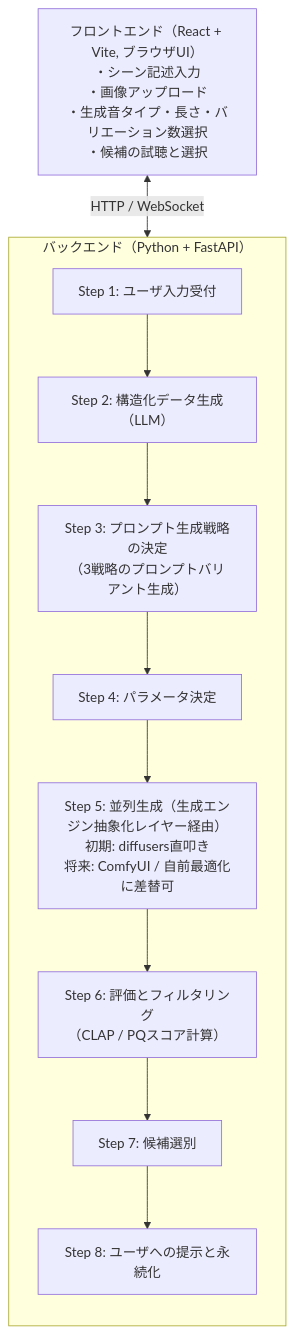
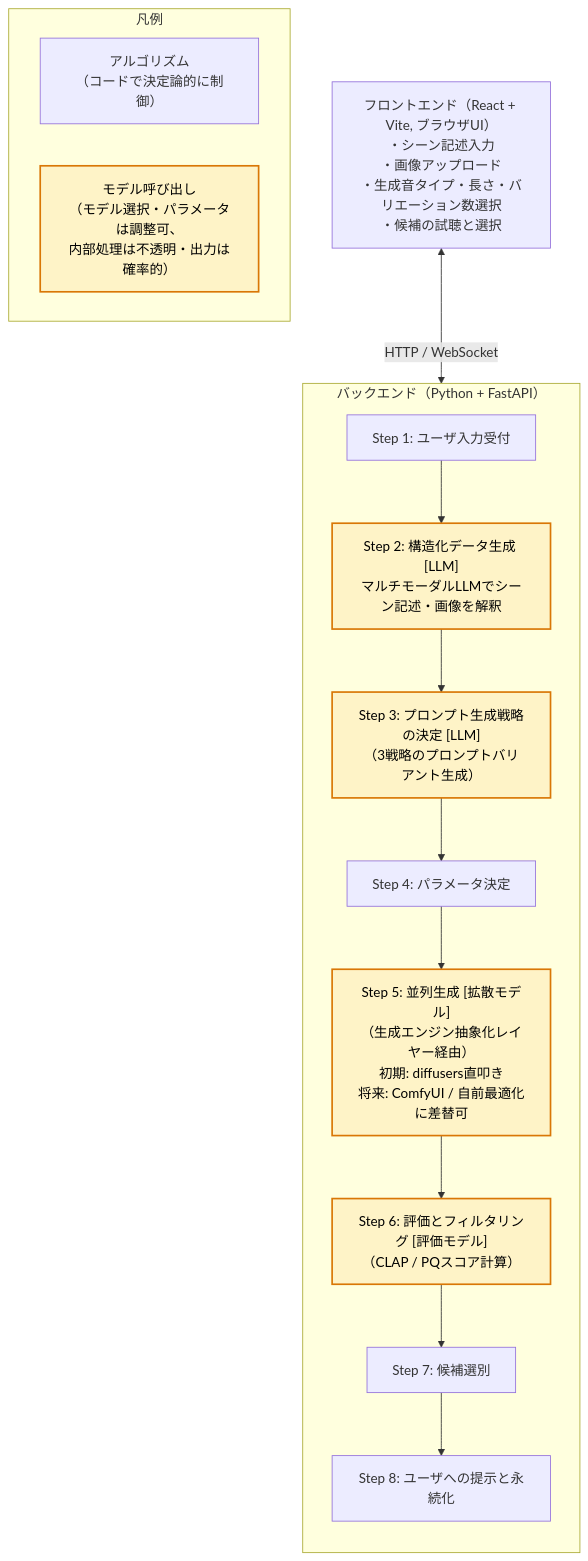
The diagram in docs/foley-forge-dev.md (mgmaru/foley-forge-prototype), drawn with Mermaid before and after one commit.

Commit message:
全体フロー図を修正

````diff
--- a/docs/foley-forge-dev.md
+++ b/docs/foley-forge-dev.md
@@ -84,20 +84,28 @@
 ```mermaid
 flowchart TD
     FE["フロントエンド（React + Vite, ブラウザUI）<br/>・シーン記述入力<br/>・画像アップロード<br/>・生成音タイプ・長さ・バリエーション数選択<br/>・候補の試聴と選択"]
 
     FE <-->|HTTP / WebSocket| BE
 
     subgraph BE["バックエンド（Python + FastAPI）"]
         direction TB
         S1["Step 1: ユーザ入力受付"]
-        S2["Step 2: 構造化データ生成（LLM）"]
-        S3["Step 3: プロンプト生成戦略の決定<br/>（3戦略のプロンプトバリアント生成）"]
+        S2["Step 2: 構造化データ生成 [LLM]<br/>マルチモーダルLLMでシーン記述・画像を解釈"]:::blackbox
+        S3["Step 3: プロンプト生成戦略の決定 [LLM]<br/>（3戦略のプロンプトバリアント生成）"]:::blackbox
         S4["Step 4: パラメータ決定"]
-        S5["Step 5: 並列生成（生成エンジン抽象化レイヤー経由）<br/>初期: diffusers直叩き<br/>将来: ComfyUI / 自前最適化に差替可"]
-        S6["Step 6: 評価とフィルタリング<br/>（CLAP / PQスコア計算）"]
+        S5["Step 5: 並列生成 [拡散モデル]<br/>（生成エンジン抽象化レイヤー経由）<br/>初期: diffusers直叩き<br/>将来: ComfyUI / 自前最適化に差替可"]:::blackbox
+        S6["Step 6: 評価とフィルタリング [評価モデル]<br/>（CLAP / PQスコア計算）"]:::blackbox
         S7["Step 7: 候補選別"]
         S8["Step 8: ユーザへの提示と永続化"]
 
         S1 --> S2 --> S3 --> S4 --> S5 --> S6 --> S7 --> S8
     end
+
+    subgraph Legend["凡例"]
+        direction LR
+        L1["アルゴリズム<br/>（コードで決定論的に制御）"]
+        L2["モデル呼び出し<br/>（モデル選択・パラメータは調整可、<br/>内部処理は不透明・出力は確率的）"]:::blackbox
+    end
+
+    classDef blackbox fill:#fef3c7,stroke:#d97706,stroke-width:2px,color:#000
 ```
````
